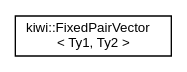
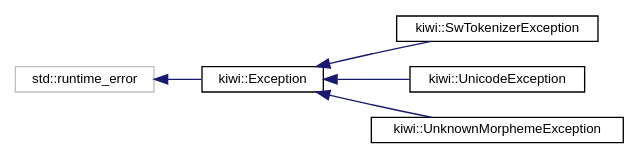
Before and after one commit to bab2min/Kiwi: the diagram in inherit_graph_15.dot, drawn with Graphviz. The commit also changed 209 other files, not shown here.

```diff
--- a/inherit_graph_15.dot
+++ b/inherit_graph_15.dot
@@ -1,8 +1,16 @@
 digraph "Graphical Class Hierarchy"
 {
  // LATEX_PDF_SIZE
   edge [fontname="Helvetica",fontsize="10",labelfontname="Helvetica",labelfontsize="10"];
   node [fontname="Helvetica",fontsize="10",shape=record];
   rankdir="LR";
-  Node0 [label="kiwi::FixedPairVector\l\< Ty1, Ty2 \>",height=0.2,width=0.4,color="black", fillcolor="white", style="filled",URL="$classkiwi_1_1FixedPairVector.html",tooltip=" "];
+  Node91 [label="std::runtime_error",height=0.2,width=0.4,color="grey75", fillcolor="white", style="filled",tooltip=" "];
+  Node91 -> Node0 [dir="back",color="midnightblue",fontsize="10",style="solid",fontname="Helvetica"];
+  Node0 [label="kiwi::Exception",height=0.2,width=0.4,color="black", fillcolor="white", style="filled",URL="$classkiwi_1_1Exception.html",tooltip=" "];
+  Node0 -> Node1 [dir="back",color="midnightblue",fontsize="10",style="solid",fontname="Helvetica"];
+  Node1 [label="kiwi::SwTokenizerException",height=0.2,width=0.4,color="black", fillcolor="white", style="filled",URL="$classkiwi_1_1SwTokenizerException.html",tooltip=" "];
+  Node0 -> Node2 [dir="back",color="midnightblue",fontsize="10",style="solid",fontname="Helvetica"];
+  Node2 [label="kiwi::UnicodeException",height=0.2,width=0.4,color="black", fillcolor="white", style="filled",URL="$classkiwi_1_1UnicodeException.html",tooltip=" "];
+  Node0 -> Node3 [dir="back",color="midnightblue",fontsize="10",style="solid",fontname="Helvetica"];
+  Node3 [label="kiwi::UnknownMorphemeException",height=0.2,width=0.4,color="black", fillcolor="white", style="filled",URL="$classkiwi_1_1UnknownMorphemeException.html",tooltip=" "];
 }
```
